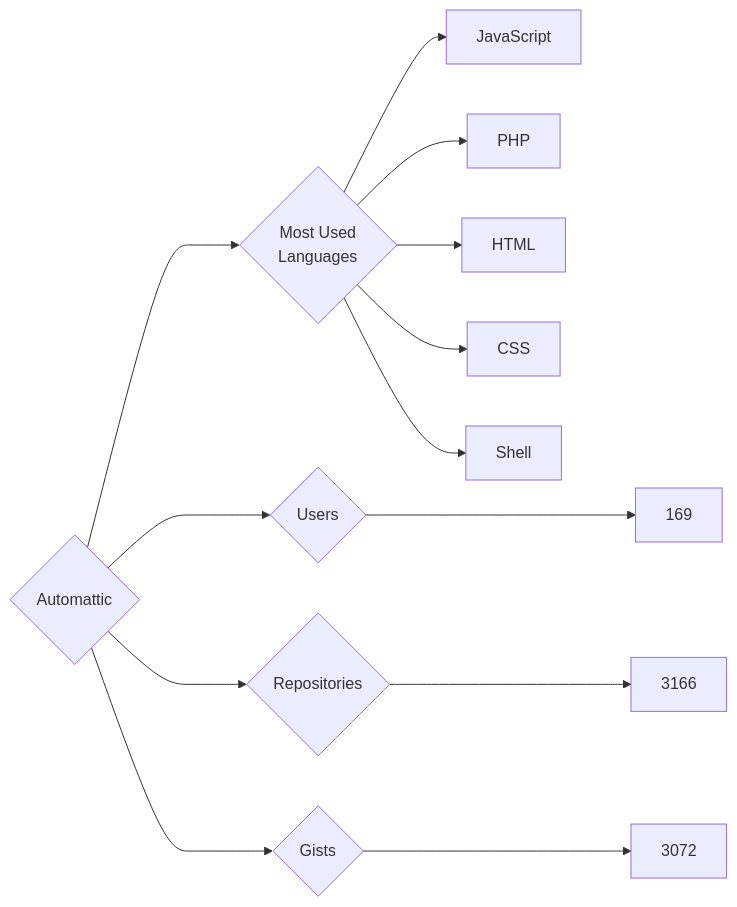
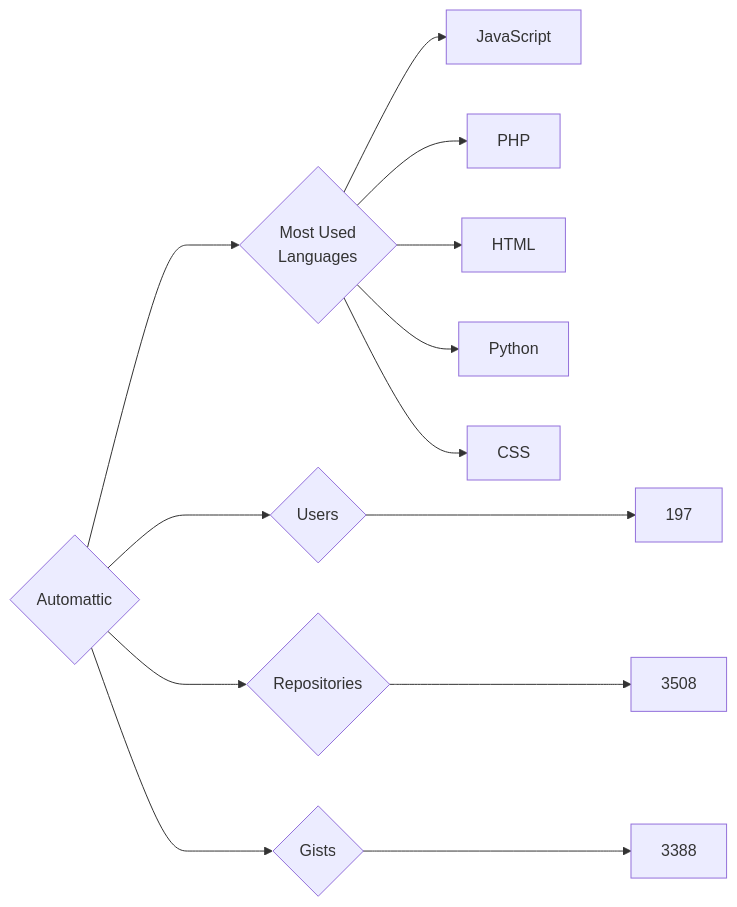
One commit to trickest/insiders changed the diagram in targets/Automattic/README.md. Above: the diagram before and after it, drawn with Mermaid. The commit also changed 611 other files, not shown here.

````diff
--- a/targets/Automattic/README.md
+++ b/targets/Automattic/README.md
@@ -3,13 +3,13 @@
 ```mermaid
 graph LR
 COMPANY_NAME{Automattic}
-COMPANY_NAME ---> U{Users} ---> UN[169]
-COMPANY_NAME ---> R{Repositories} ---> RN[3166]
-COMPANY_NAME ---> G{Gists} ---> GN[3072]
+COMPANY_NAME ---> U{Users} ---> UN[197]
+COMPANY_NAME ---> R{Repositories} ---> RN[3508]
+COMPANY_NAME ---> G{Gists} ---> GN[3388]
 COMPANY_NAME ---> ML{Most Used<br>Languages}
 ML --> JavaScript[JavaScript]
 ML --> PHP[PHP]
 ML --> HTML[HTML]
+ML --> Python[Python]
 ML --> CSS[CSS]
-ML --> Shell[Shell]
 ```
````
